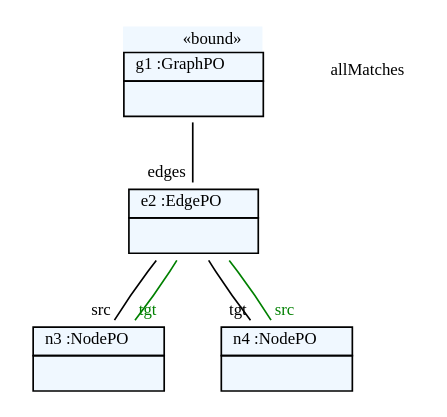
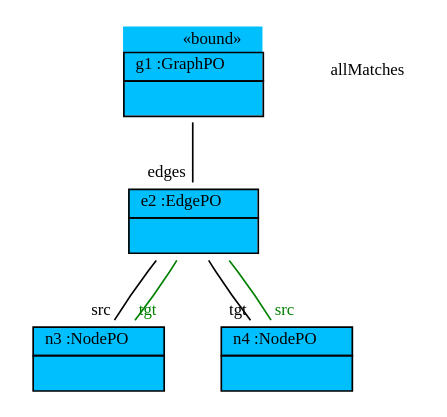
One commit to fujaba/SDMLib changed the diagram in doc/reverseEdgesPerPattern.dot. Above: the diagram before and after it, drawn with Graphviz. The commit also changed 89 other files, not shown here.

Commit message:
Trace Debugging for Patterns. Many fixes for nested subpatterns. Icons in object diagram dumps.

```diff
--- a/doc/reverseEdgesPerPattern.dot
+++ b/doc/reverseEdgesPerPattern.dot
@@ -1,16 +1,16 @@
 graph ObjectDiagram {
    node [shape = none, fontsize = 10];
    edge [fontsize = 10];
 
-g1 [label=<<table border='0' cellborder='1' cellspacing='0' color='black' bgcolor='aliceblue'> <tr> <td border='0' align='right'><font color='black'>&laquo;bound&raquo;</font></td></tr> <tr> <td align='center'> <font color='black'> g1 :GraphPO </font></td></tr> <tr> <td align='left'> <table border='0' cellborder='0' cellspacing='0' color='black'> <tr> <td>  </td></tr></table></td></tr></table>>];
-e2 [label=<<table border='0' cellborder='1' cellspacing='0' color='black' bgcolor='aliceblue'>  <tr> <td align='center'> <font color='black'> e2 :EdgePO </font></td></tr> <tr> <td align='left'> <table border='0' cellborder='0' cellspacing='0' color='black'> <tr> <td>  </td></tr></table></td></tr></table>>];
-n3 [label=<<table border='0' cellborder='1' cellspacing='0' color='black' bgcolor='aliceblue'>  <tr> <td align='center'> <font color='black'> n3 :NodePO </font></td></tr> <tr> <td align='left'> <table border='0' cellborder='0' cellspacing='0' color='black'> <tr> <td>  </td></tr></table></td></tr></table>>];
-n4 [label=<<table border='0' cellborder='1' cellspacing='0' color='black' bgcolor='aliceblue'>  <tr> <td align='center'> <font color='black'> n4 :NodePO </font></td></tr> <tr> <td align='left'> <table border='0' cellborder='0' cellspacing='0' color='black'> <tr> <td>  </td></tr></table></td></tr></table>>];
+g1 [label=<<table border='0' cellborder='1' cellspacing='0' color='black' bgcolor='deepskyblue'> <tr> <td border='0' align='right'><font color='black'>&#171;bound&#187;</font></td></tr> <tr> <td align='center'> <font color='black'> g1 :GraphPO </font></td></tr> <tr> <td align='left'> <table border='0' cellborder='0' cellspacing='0' color='black'> <tr> <td>  </td></tr></table></td></tr></table>>];
+e2 [label=<<table border='0' cellborder='1' cellspacing='0' color='black' bgcolor='deepskyblue'>  <tr> <td align='center'> <font color='black'> e2 :EdgePO </font></td></tr> <tr> <td align='left'> <table border='0' cellborder='0' cellspacing='0' color='black'> <tr> <td>  </td></tr></table></td></tr></table>>];
+n3 [label=<<table border='0' cellborder='1' cellspacing='0' color='black' bgcolor='deepskyblue'>  <tr> <td align='center'> <font color='black'> n3 :NodePO </font></td></tr> <tr> <td align='left'> <table border='0' cellborder='0' cellspacing='0' color='black'> <tr> <td>  </td></tr></table></td></tr></table>>];
+n4 [label=<<table border='0' cellborder='1' cellspacing='0' color='black' bgcolor='deepskyblue'>  <tr> <td align='center'> <font color='black'> n4 :NodePO </font></td></tr> <tr> <td align='left'> <table border='0' cellborder='0' cellspacing='0' color='black'> <tr> <td>  </td></tr></table></td></tr></table>>];
 allMatches;
 
 g1 -- e2 [headlabel = "edges" taillabel = "" color="black" fontcolor="black"];
 e2 -- n3 [headlabel = "src" taillabel = "" color="black" fontcolor="black"];
 e2 -- n4 [headlabel = "tgt" taillabel = "" color="black" fontcolor="black"];
 e2 -- n4 [headlabel = "src" taillabel = "" color="green" fontcolor="green"];
 e2 -- n3 [headlabel = "tgt" taillabel = "" color="green" fontcolor="green"];
 }
```
